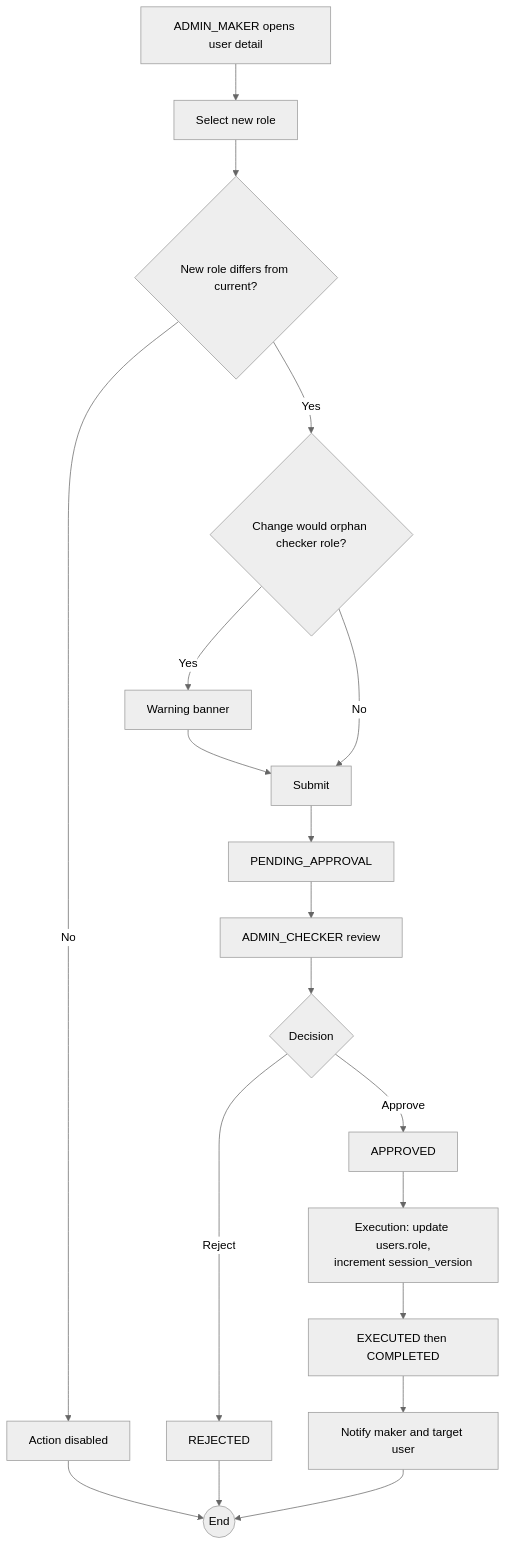
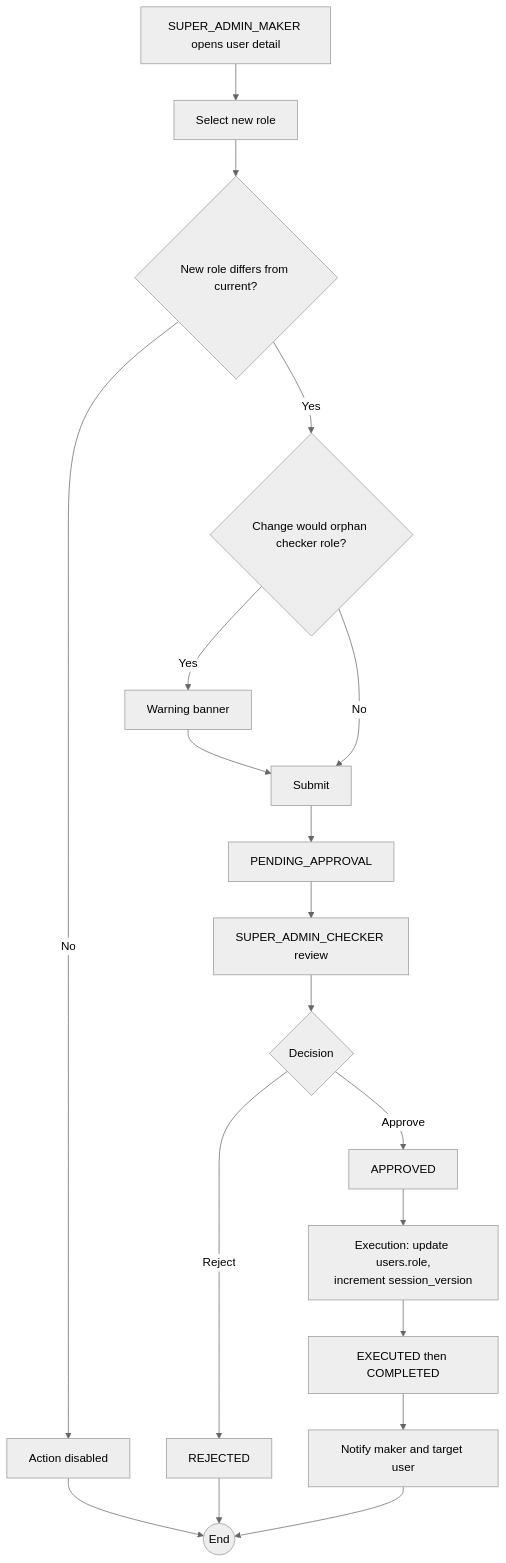
The diagram in Docs/1-Requirements/Workflows/WF-007-role-assignment.md (ruthvikchandravanam/Nexus-CA), drawn with Mermaid (neutral theme) before and after one commit. The commit also changed other lines of this file and 33 other files, not shown here.

````diff
--- a/Docs/1-Requirements/Workflows/WF-007-role-assignment.md
+++ b/Docs/1-Requirements/Workflows/WF-007-role-assignment.md
@@ -24,18 +24,18 @@
 ```mermaid
 flowchart TD
-    A[ADMIN_MAKER opens user detail] --> B[Select new role]
+    A[SUPER_ADMIN_MAKER opens user detail] --> B[Select new role]
     B --> C{New role differs from current?}
     C -- No --> C1[Action disabled] --> Z((End))
     C -- Yes --> D{Change would orphan checker role?}
     D -- Yes --> D1[Warning banner] --> E
     D -- No --> E[Submit]
     E --> F[PENDING_APPROVAL]
-    F --> G[ADMIN_CHECKER review]
+    F --> G[SUPER_ADMIN_CHECKER review]
     G --> H{Decision}
     H -- Reject --> R[REJECTED] --> Z
     H -- Approve --> I[APPROVED]
     I --> J[Execution: update users.role,<br/>increment session_version]
     J --> K[EXECUTED then COMPLETED]
     K --> L[Notify maker and target user]
     L --> Z
 ```
````
